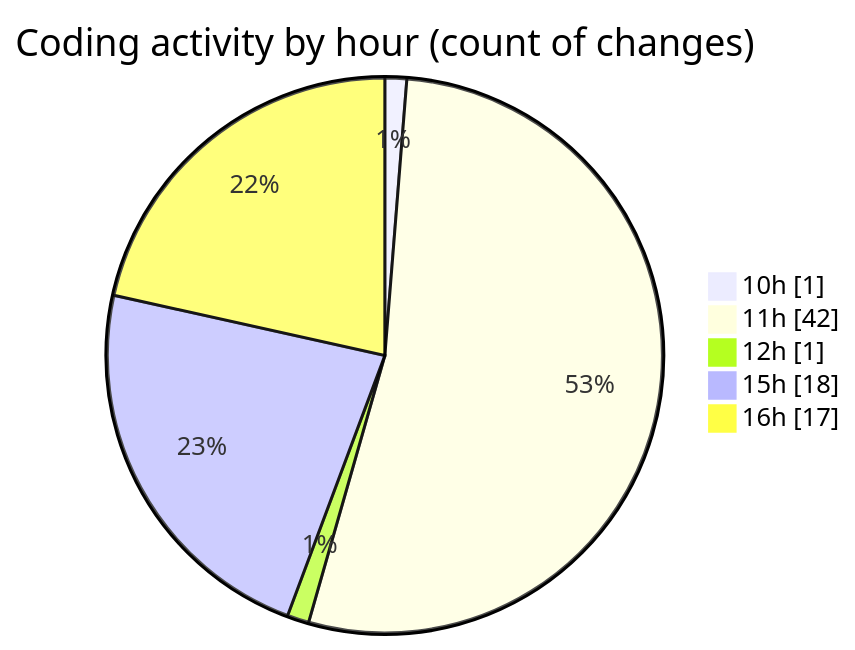
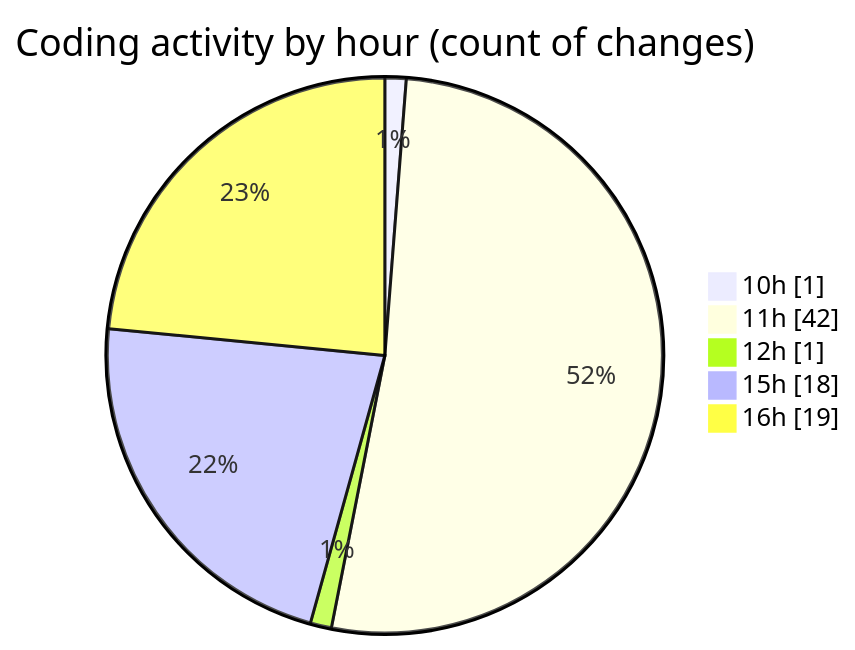
One commit to nxtqubesakshisongat/code-tracking changed the second of 2 diagrams in 2025-06-25/nxtqube_webapp/README.md. Above: the diagram before and after it, drawn with Mermaid. The commit also changed other lines of this file and 1 other file, not shown here.

````diff
--- a/2025-06-25/nxtqube_webapp/README.md
+++ b/2025-06-25/nxtqube_webapp/README.md
@@ -33,9 +33,9 @@
 ```mermaid
 pie showData
 title Coding activity by hour (count of changes)
 "10h" : 1
 "11h" : 42
 "12h" : 1
 "15h" : 18
-"16h" : 17
+"16h" : 19
 ```
````
